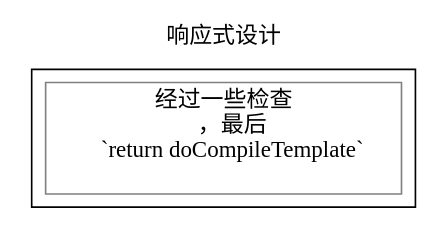
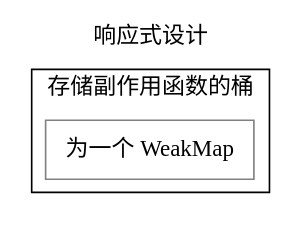
Before and after one commit to WingDust/DeepDiveVue3: the diagram in reactive.dot, drawn with Graphviz.

Commit message:
auto-commit

```diff
--- a/reactive.dot
+++ b/reactive.dot
@@ -1,20 +1,17 @@
 
 digraph compile {
   node [color=gray,shape=box,fontname="Cascadia Mono PL"]
 
   labelloc = "t"
   label="响应式设计"
 
    
   subgraph cluster_bucket{
-    label=""
+    label="存储副作用函数的桶"
     fun[
-    label="经过一些检查
-    ，最后 
-    `return doCompileTemplate`
-    "
+    label="为一个 WeakMap"
     ]
   }
 
 
 }
```
